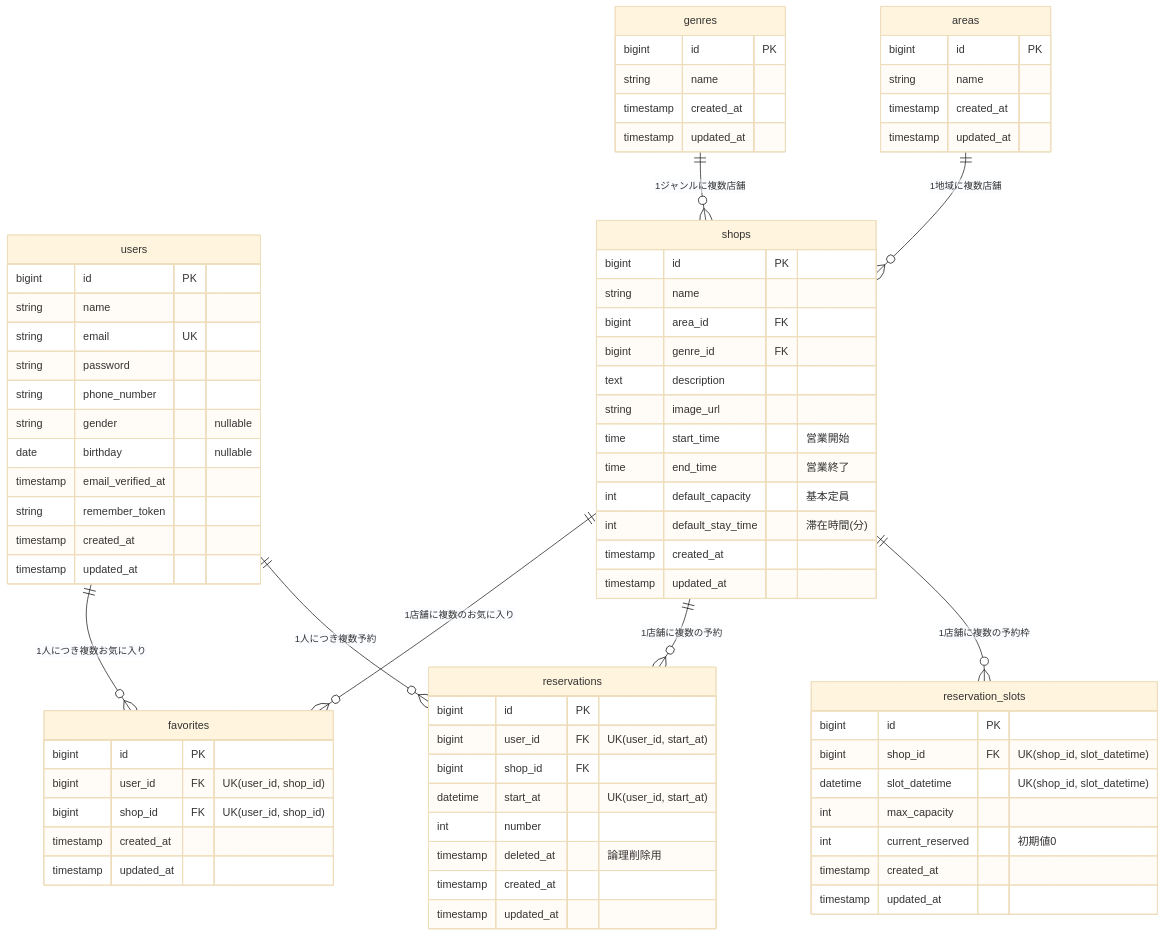
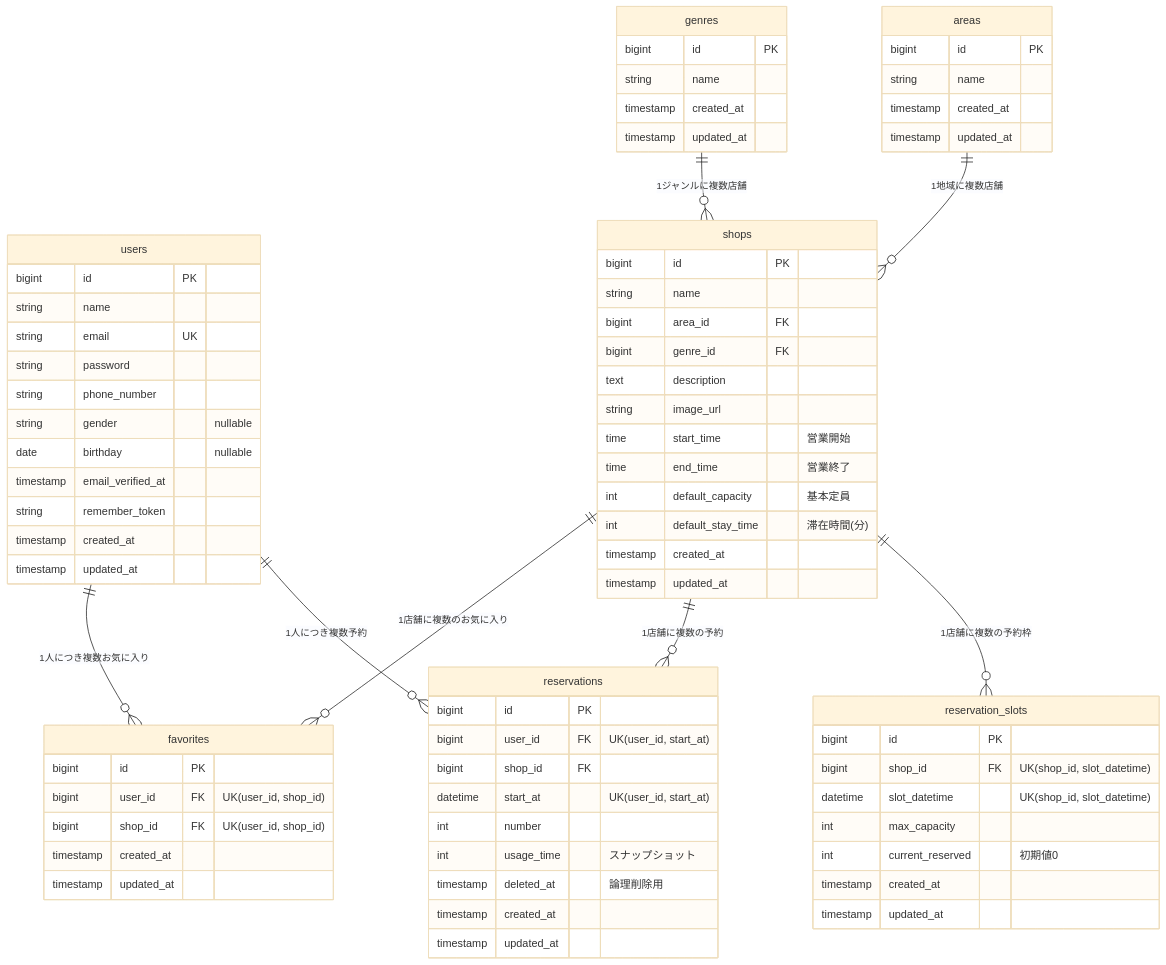
The diagram in docs-private/ER_DIAGRAM.md (yoshi-bell/lara-next-reserve), drawn with Mermaid (base theme) before and after one commit. The commit also changed 5 other files, not shown here.

```diff
--- a/docs-private/ER_DIAGRAM.md
+++ b/docs-private/ER_DIAGRAM.md
@@ -71,6 +71,7 @@
         bigint shop_id FK
         datetime start_at "UK(user_id, start_at)"
         int number
+        int usage_time "スナップショット"
         timestamp deleted_at "論理削除用"
         timestamp created_at
         timestamp updated_at
```
